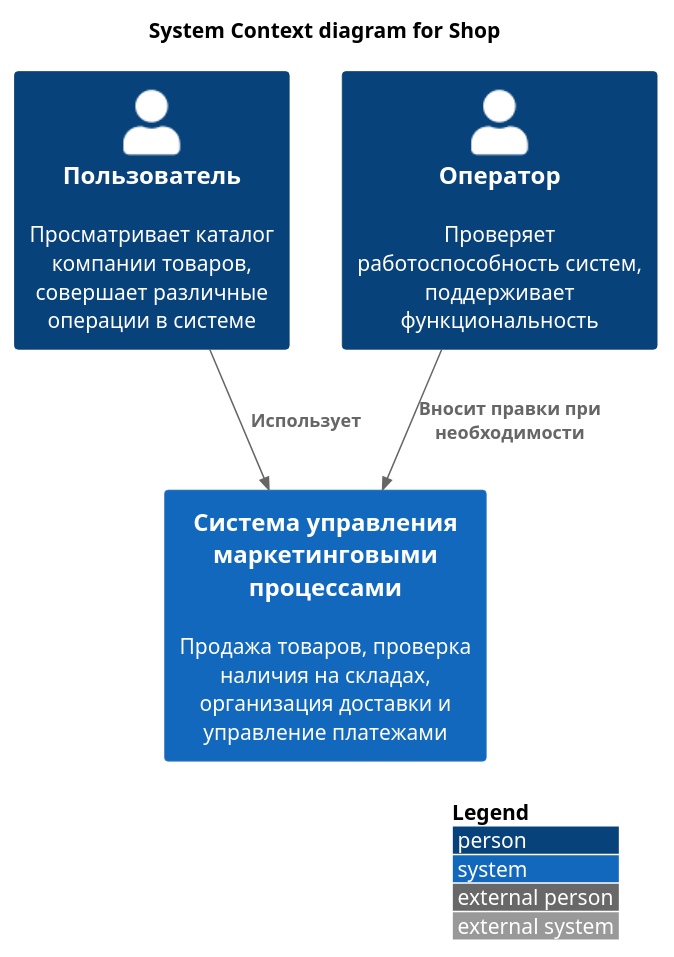
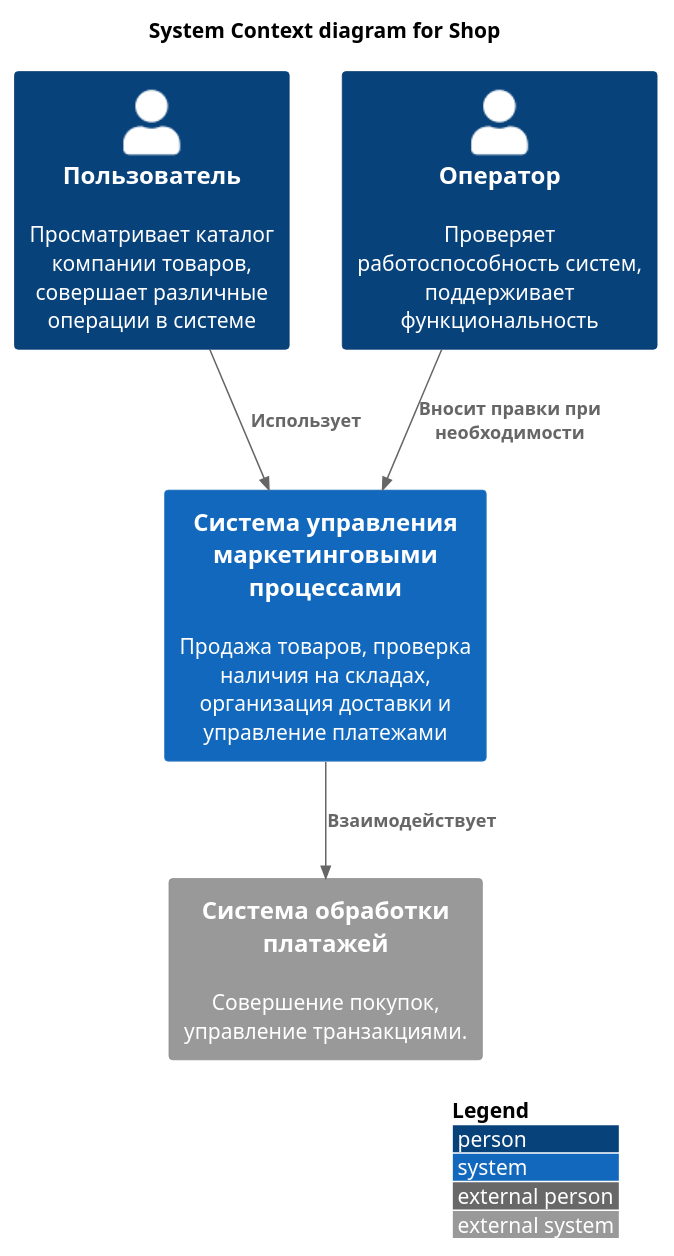
The diagram in Контекстная диаграмма.puml (Ksenia530/Solodovnik_analytics_practice), drawn with PlantUML before and after one commit.

Commit message:
 dcontext

```diff
--- a/Контекстная диаграмма.puml
+++ b/Контекстная диаграмма.puml
@@ -1,15 +1,15 @@
 @startuml
 !include https://raw.githubusercontent.com/plantuml-stdlib/C4-PlantUML/master/C4_Context.puml
 
 LAYOUT_WITH_LEGEND()
 
 title System Context diagram for Shop
 
 Person(customer, "Пользователь", "Просматривает каталог компании товаров, совершает различные операции в системе")
 Person(administrator, "Оператор", "Проверяет работоспособность систем, поддерживает функциональность")
 System(General_system, "Система управления маркетинговыми процессами", "Продажа товаров, проверка наличия на складах, организация доставки и управление платежами")
-
+System_Ext(Payment_system, "Система обработки платажей", "Совершение покупок, управление транзакциями.")
 Rel(customer, General_system, "Использует")
 Rel(administrator, General_system, "Вносит правки при необходимости")
-
+Rel(General_system, Payment_system, "Взаимодействует")
 @enduml
```
